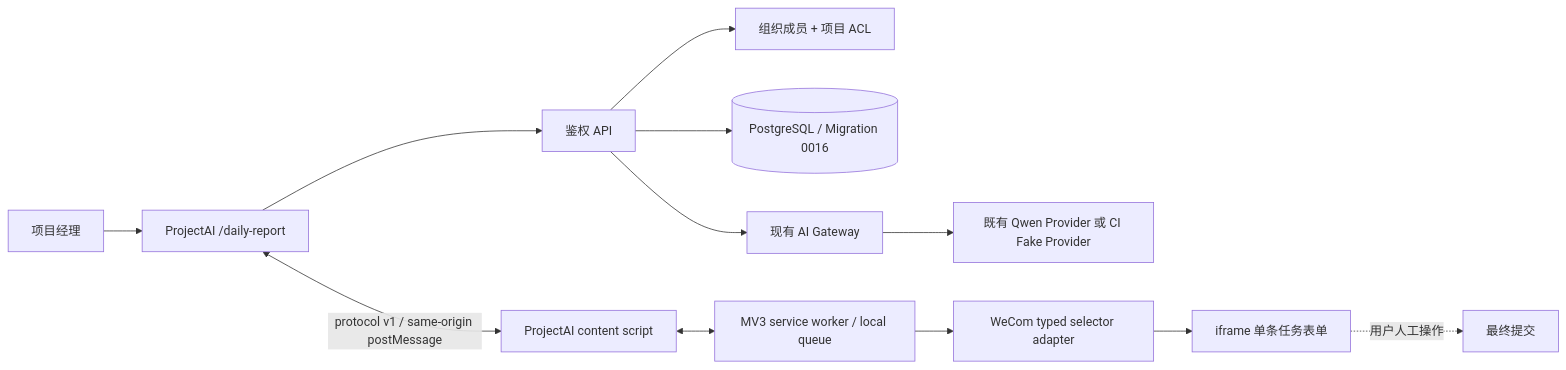
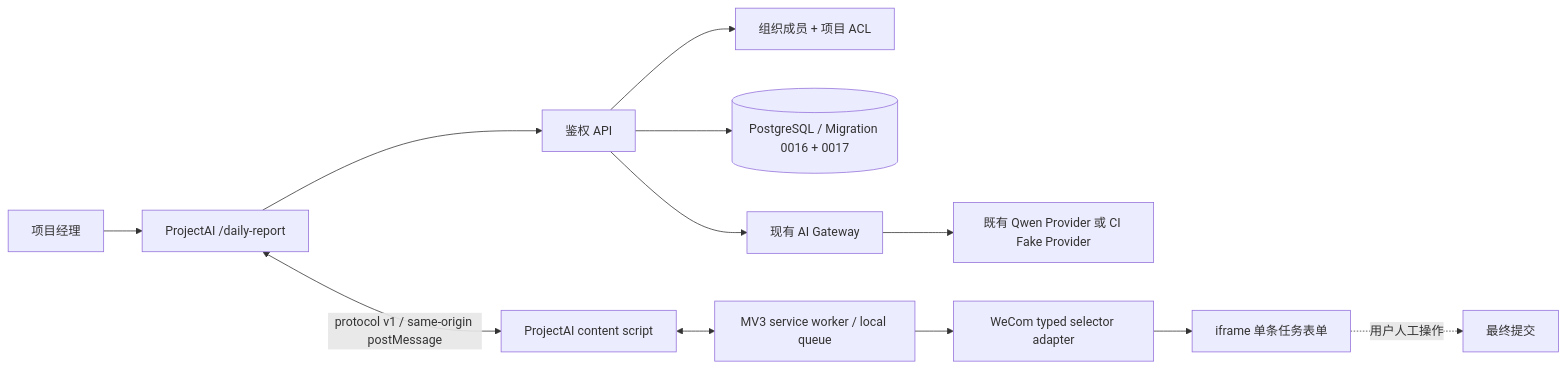
One commit to 27ruien/ProjectAI changed the diagram in docs/pm-daily-report-architecture.md. Above: the diagram before and after it, drawn with Mermaid. The commit also changed other lines of this file and 52 other files, not shown here.

Commit message:
fix(timesheets): harden WeCom acceptance flow

````diff
--- a/docs/pm-daily-report-architecture.md
+++ b/docs/pm-daily-report-architecture.md
@@ -9,14 +9,14 @@
 ```mermaid
 flowchart LR
   U["项目经理"] --> W["ProjectAI /daily-report"]
   W --> API["鉴权 API"]
   API --> ACL["组织成员 + 项目 ACL"]
-  API --> DB[("PostgreSQL / Migration 0016")]
+  API --> DB[("PostgreSQL / Migration 0016 + 0017")]
   API --> GW["现有 AI Gateway"]
   GW --> Q["既有 Qwen Provider 或 CI Fake Provider"]
   W <-->|"protocol v1 / same-origin postMessage"| C["ProjectAI content script"]
   C <--> SW["MV3 service worker / local queue"]
   SW --> A["WeCom typed selector adapter"]
   A --> F["iframe 单条任务表单"]
   F -. "用户人工操作" .-> S["最终提交"]
 ```
````
